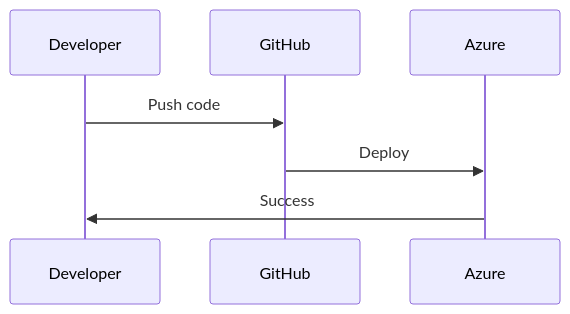
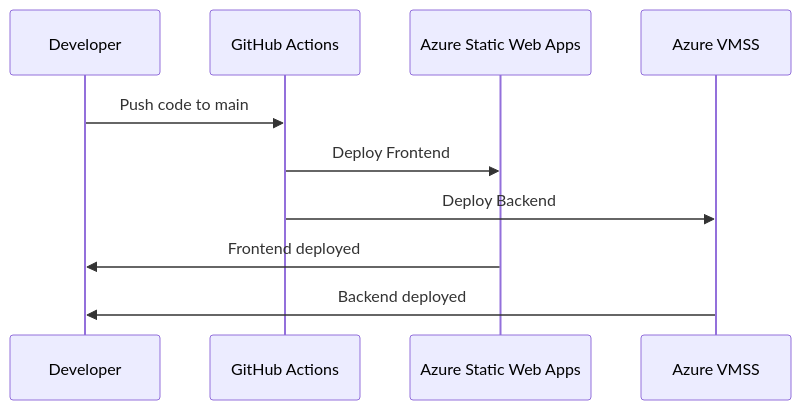
Before and after one commit to LargeWC-Code/TrustaSitter: the fourth of 5 diagrams in CI_CD_DIAGRAMS.md, drawn with Mermaid. The commit also changed other lines of this file, not shown here.

Commit message:
changed: diagram

````diff
--- a/CI_CD_DIAGRAMS.md
+++ b/CI_CD_DIAGRAMS.md
@@ -64,10 +72,13 @@
 ```mermaid
 sequenceDiagram
     participant Dev as Developer
-    participant GH as GitHub
-    participant Azure as Azure
+    participant GH as GitHub Actions
+    participant SWA as Azure Static Web Apps
+    participant VMSS as Azure VMSS
     
-    Dev->>GH: Push code
-    GH->>Azure: Deploy
-    Azure->>Dev: Success
+    Dev->>GH: Push code to main
+    GH->>SWA: Deploy Frontend
+    GH->>VMSS: Deploy Backend
+    SWA->>Dev: Frontend deployed
+    VMSS->>Dev: Backend deployed
 ```
````
